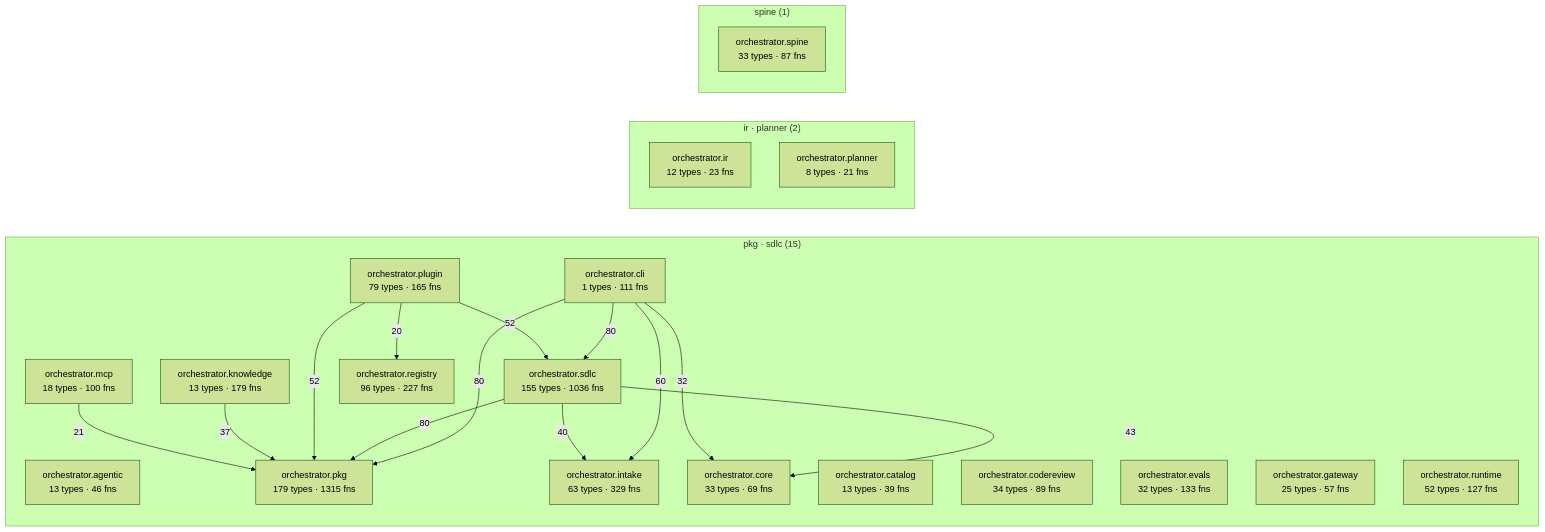
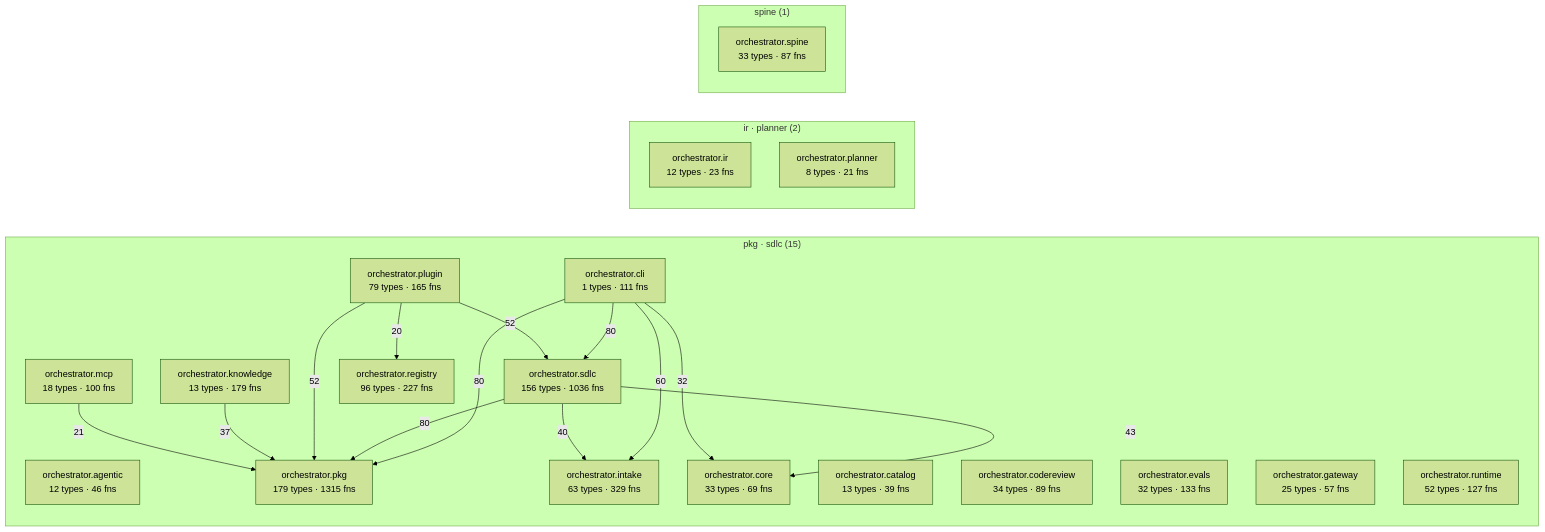
One commit to synaptixs/spine changed the diagram in episteme/architecture.md. Above: the diagram before and after it, drawn with Mermaid (forest theme). The commit also changed other lines of this file and 15 other files, not shown here.

````diff
--- a/episteme/architecture.md
+++ b/episteme/architecture.md
@@ -56,39 +56,39 @@
 ```mermaid
 flowchart LR
   subgraph c_2["pkg · sdlc (15)"]
-    aorchestratoragentic["orchestrator.agentic<br/>13 types · 46 fns"]
+    aorchestratoragentic["orchestrator.agentic<br/>12 types · 46 fns"]
     aorchestratorcatalog["orchestrator.catalog<br/>13 types · 39 fns"]
     aorchestratorcli["orchestrator.cli<br/>1 types · 111 fns"]
     aorchestratorcodereview["orchestrator.codereview<br/>34 types · 89 fns"]
     aorchestratorcore["orchestrator.core<br/>33 types · 69 fns"]
     aorchestratorevals["orchestrator.evals<br/>32 types · 133 fns"]
     aorchestratorgateway["orchestrator.gateway<br/>25 types · 57 fns"]
     aorchestratorintake["orchestrator.intake<br/>63 types · 329 fns"]
     aorchestratorknowledge["orchestrator.knowledge<br/>13 types · 179 fns"]
     aorchestratormcp["orchestrator.mcp<br/>18 types · 100 fns"]
     aorchestratorpkg["orchestrator.pkg<br/>179 types · 1315 fns"]
     aorchestratorplugin["orchestrator.plugin<br/>79 types · 165 fns"]
     aorchestratorregistry["orchestrator.registry<br/>96 types · 227 fns"]
     aorchestratorruntime["orchestrator.runtime<br/>52 types · 127 fns"]
-    aorchestratorsdlc["orchestrator.sdlc<br/>155 types · 1036 fns"]
+    aorchestratorsdlc["orchestrator.sdlc<br/>156 types · 1036 fns"]
   end
   subgraph c_5["ir · planner (2)"]
     aorchestratorir["orchestrator.ir<br/>12 types · 23 fns"]
     aorchestratorplanner["orchestrator.planner<br/>8 types · 21 fns"]
   end
   subgraph c_10["spine (1)"]
     aorchestratorspine["orchestrator.spine<br/>33 types · 87 fns"]
   end
   aorchestratorcli -->|80| aorchestratorpkg
   aorchestratorcli -->|80| aorchestratorsdlc
   aorchestratorsdlc -->|80| aorchestratorpkg
   aorchestratorcli -->|60| aorchestratorintake
   aorchestratorplugin -->|52| aorchestratorpkg
   aorchestratorplugin -->|52| aorchestratorsdlc
   aorchestratorsdlc -->|43| aorchestratorcore
   aorchestratorsdlc -->|40| aorchestratorintake
   aorchestratorknowledge -->|37| aorchestratorpkg
   aorchestratorcli -->|32| aorchestratorcore
   aorchestratormcp -->|21| aorchestratorpkg
   aorchestratorplugin -->|20| aorchestratorregistry
 ```
````
